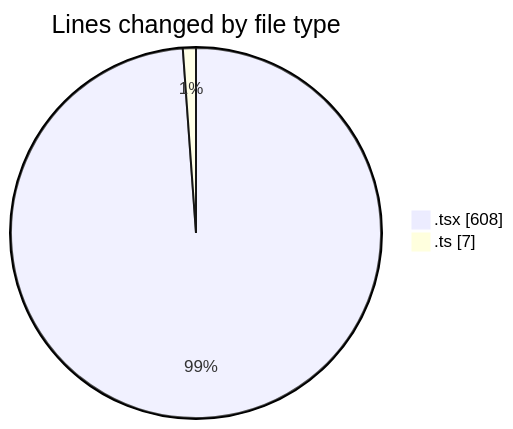
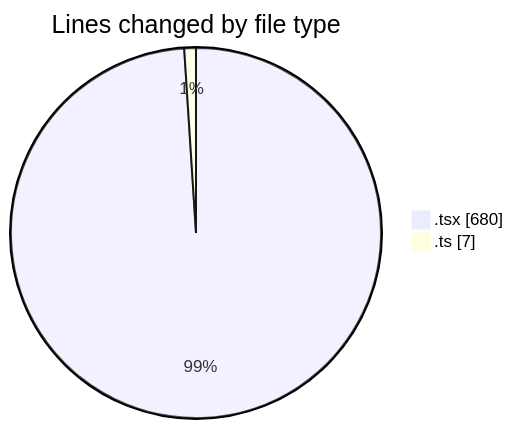
One commit to robertbonfada/code-tracking changed the first of 2 diagrams in 2025-01-29/audiobooks-web/README.md. Above: the diagram before and after it, drawn with Mermaid. The commit also changed other lines of this file and 1 other file, not shown here.

````diff
--- a/2025-01-29/audiobooks-web/README.md
+++ b/2025-01-29/audiobooks-web/README.md
@@ -24,6 +24,6 @@
 ```mermaid
 pie showData
 title Lines changed by file type
-".tsx" : 608
+".tsx" : 680
 ".ts" : 7
 ```
````
